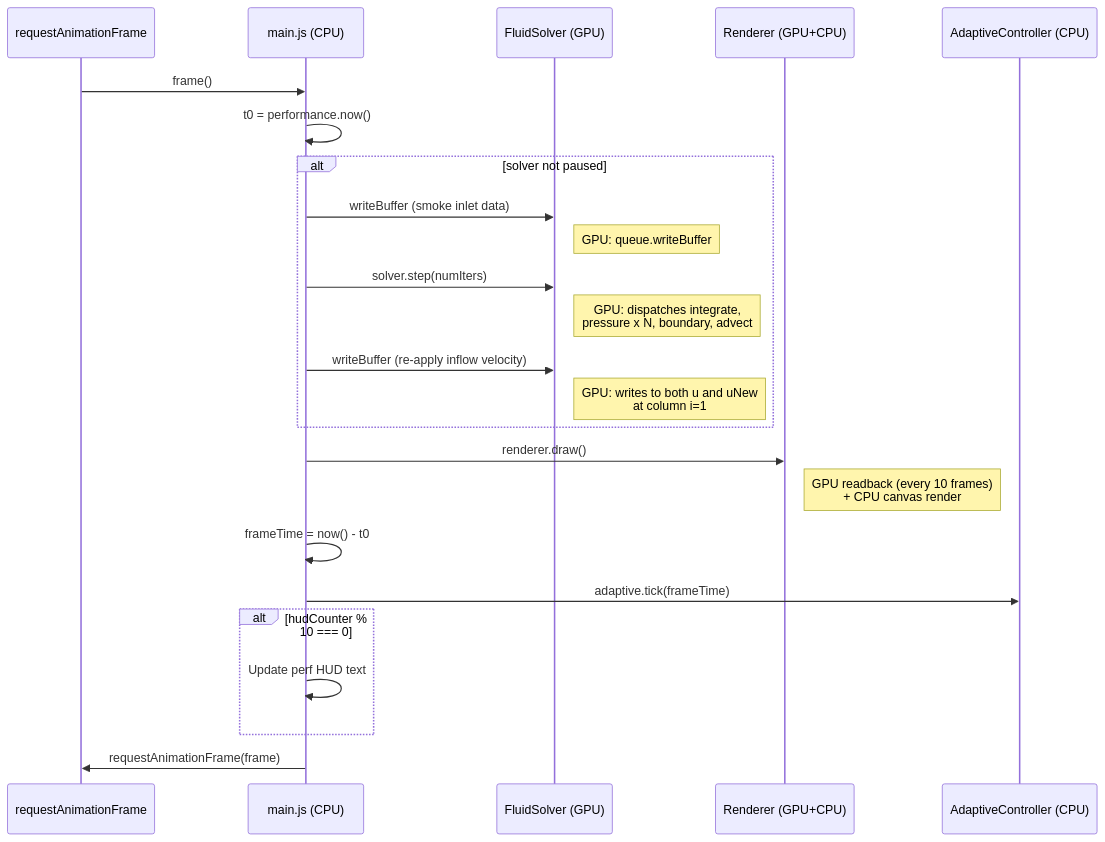
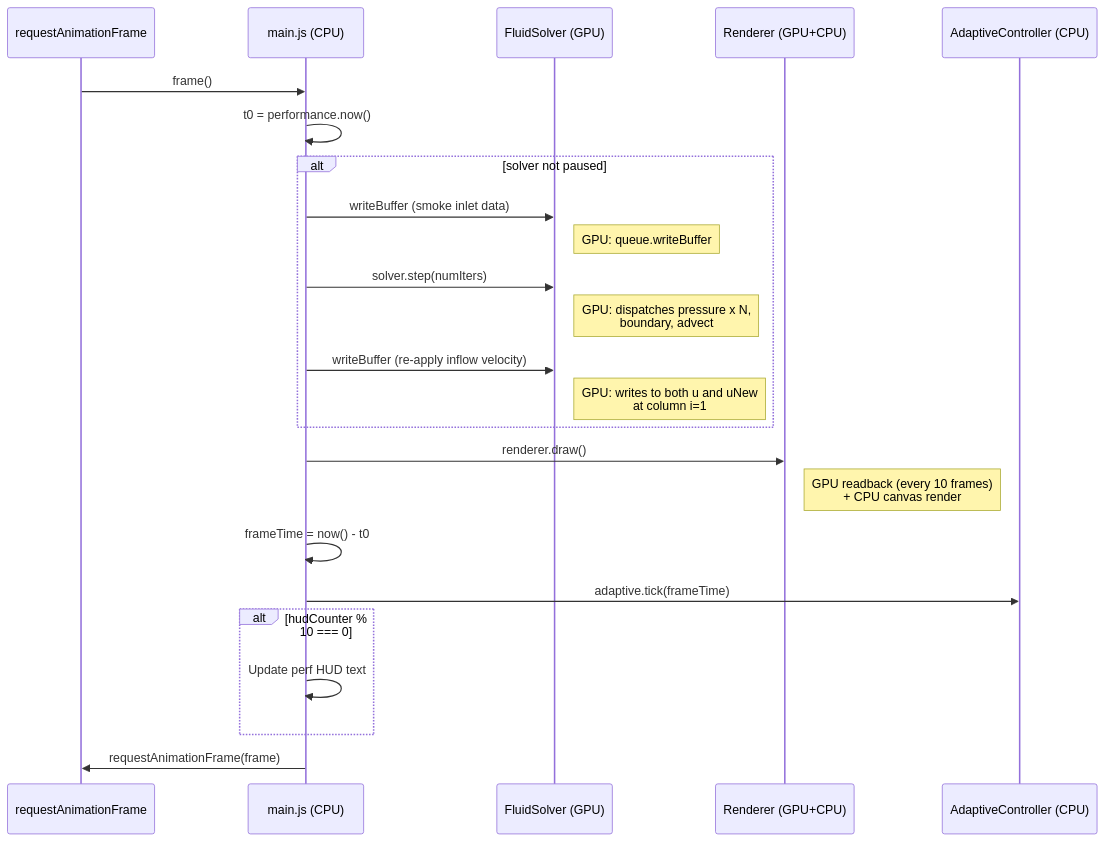
Before and after one commit to palsagar/webgpu-fluid-solver: the second of 3 diagrams in docs/architecture.md, drawn with Mermaid. The commit also changed other lines of this file and 4 other files, not shown here.

````diff
--- a/docs/architecture.md
+++ b/docs/architecture.md
@@ -37,32 +37,32 @@
 ```mermaid
 sequenceDiagram
     participant RAF as requestAnimationFrame
     participant Main as main.js (CPU)
     participant Solver as FluidSolver (GPU)
     participant Renderer as Renderer (GPU+CPU)
     participant Adaptive as AdaptiveController (CPU)
 
     RAF->>Main: frame()
     Main->>Main: t0 = performance.now()
 
     alt solver not paused
         Main->>Solver: writeBuffer (smoke inlet data)
         Note right of Solver: GPU: queue.writeBuffer
         Main->>Solver: solver.step(numIters)
-        Note right of Solver: GPU: dispatches integrate,<br/>pressure x N, boundary, advect
+        Note right of Solver: GPU: dispatches pressure x N,<br/>boundary, advect
         Main->>Solver: writeBuffer (re-apply inflow velocity)
         Note right of Solver: GPU: writes to both u and uNew<br/>at column i=1
     end
 
     Main->>Renderer: renderer.draw()
     Note right of Renderer: GPU readback (every 10 frames)<br/>+ CPU canvas render
 
     Main->>Main: frameTime = now() - t0
     Main->>Adaptive: adaptive.tick(frameTime)
 
     alt hudCounter % 10 === 0
         Main->>Main: Update perf HUD text
     end
 
     Main->>RAF: requestAnimationFrame(frame)
 ```
````
